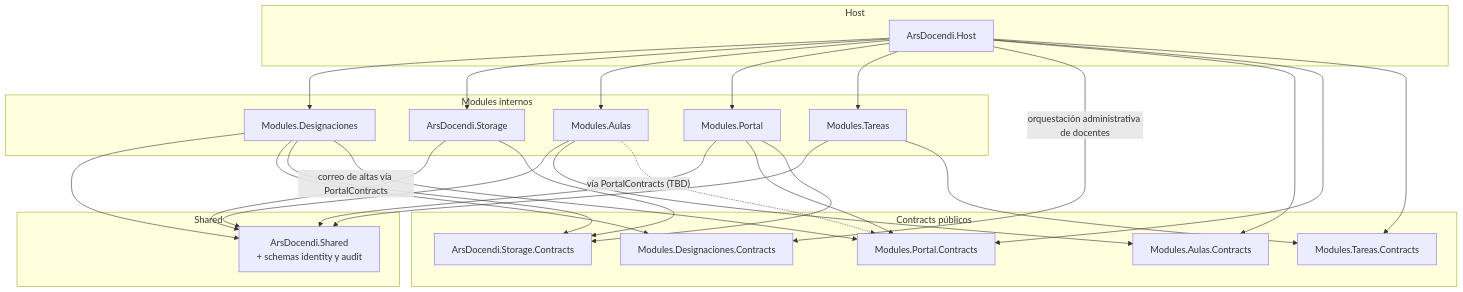
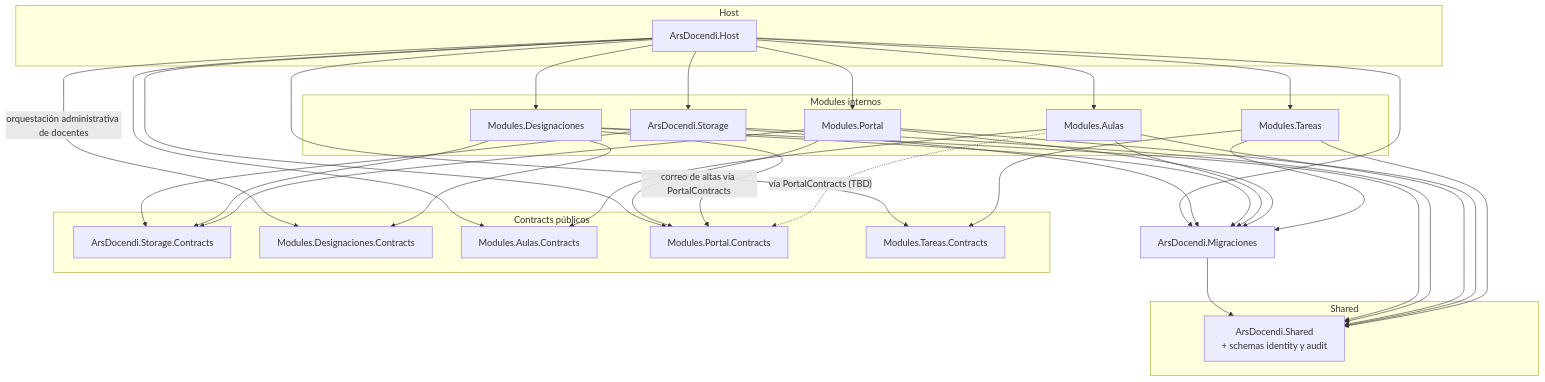
One commit to Ars-Docendi/ars-docendi changed the diagram in docs/architecture/dependency-graph.md. Above: the diagram before and after it, drawn with Mermaid. The commit also changed other lines of this file and 204 other files, not shown here.

````diff
--- a/docs/architecture/dependency-graph.md
+++ b/docs/architecture/dependency-graph.md
@@ -9,50 +11,57 @@
 ```mermaid
 flowchart TD
   subgraph host [Host]
     Host["ArsDocendi.Host"]
   end
   subgraph shared [Shared]
     Shared["ArsDocendi.Shared<br/>+ schemas identity y audit"]
   end
   subgraph contracts [Contracts públicos]
     StorageContracts["ArsDocendi.Storage.Contracts"]
     DesignacionesContracts["Modules.Designaciones.Contracts"]
     AulasContracts["Modules.Aulas.Contracts"]
     PortalContracts["Modules.Portal.Contracts"]
     TareasContracts["Modules.Tareas.Contracts"]
   end
   subgraph modules [Modules internos]
     Storage["ArsDocendi.Storage"]
     Designaciones["Modules.Designaciones"]
     Aulas["Modules.Aulas"]
     Portal["Modules.Portal"]
     Tareas["Modules.Tareas"]
   end
 
+  Host --> Migraciones["ArsDocendi.Migraciones"]
+  Migraciones --> Shared
+  Storage --> Migraciones
+  Designaciones --> Migraciones
+  Aulas --> Migraciones
+  Portal --> Migraciones
+  Tareas --> Migraciones
   Host --> Designaciones
   Host --> Storage
   Host --> Aulas
   Host --> Portal
   Host --> Tareas
   Host -->|"orquestación administrativa de docentes"| DesignacionesContracts
   Host --> AulasContracts
   Host --> PortalContracts
   Host --> TareasContracts
 
   Designaciones --> Shared
   Storage --> Shared
   Aulas --> Shared
   Portal --> Shared
   Tareas --> Shared
 
   Designaciones --> DesignacionesContracts
   Storage --> StorageContracts
   Designaciones --> StorageContracts
   Aulas --> AulasContracts
   Portal --> PortalContracts
   Portal --> StorageContracts
   Tareas --> TareasContracts
 
   Designaciones -->|"correo de altas vía PortalContracts"| PortalContracts
   Aulas -.->|"vía PortalContracts (TBD)"| PortalContracts
 ```
````
